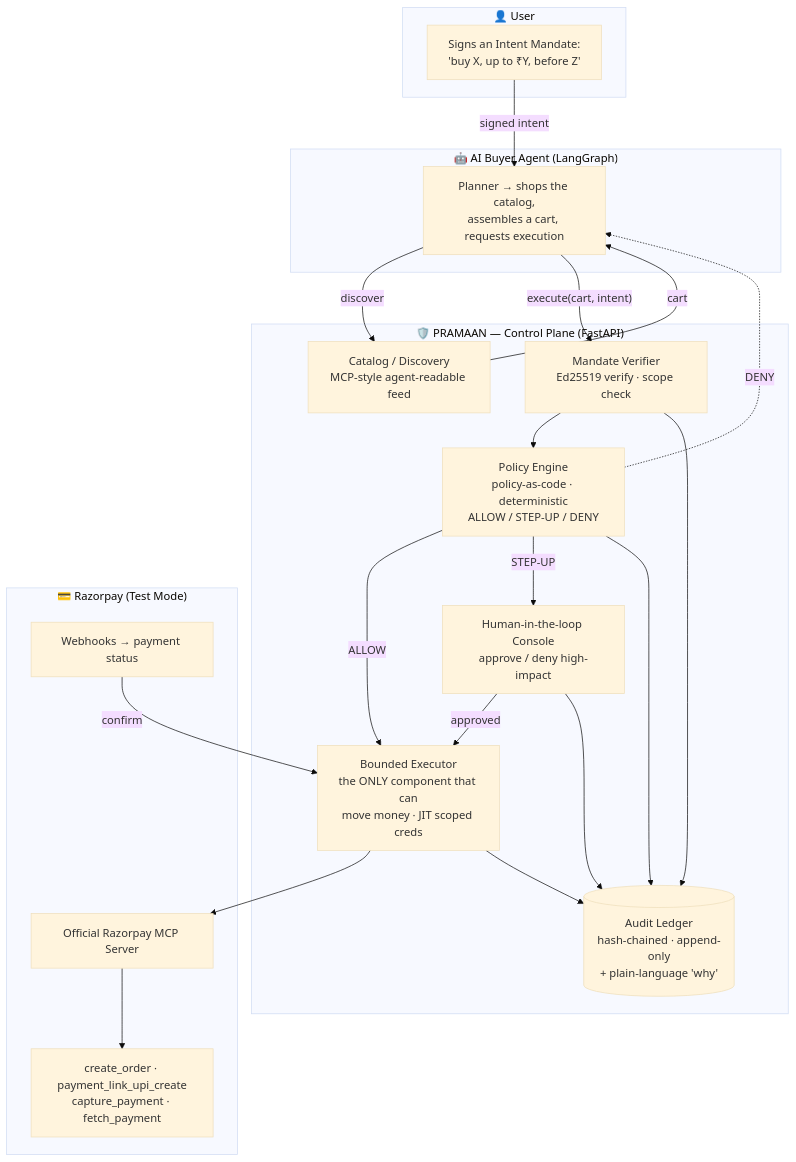
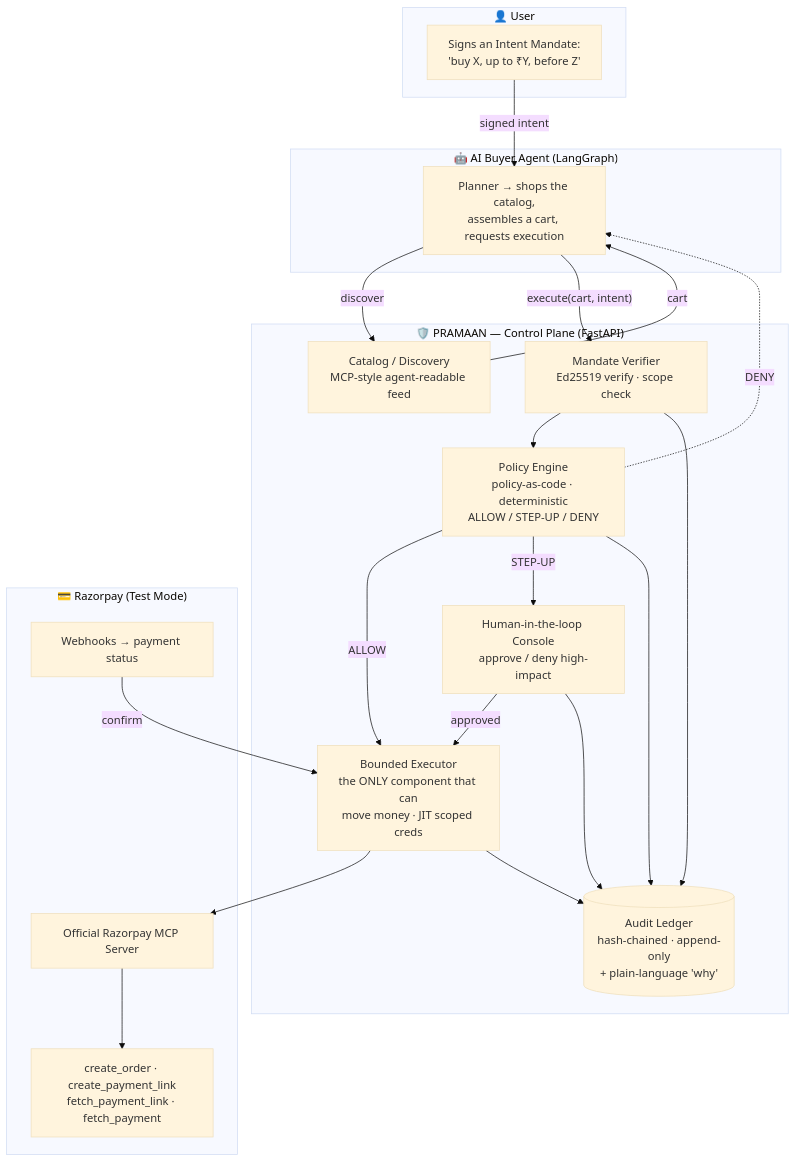
One commit to Kahaan19/pramaan changed the first of 2 diagrams in ARCHITECTURE.md. Above: the diagram before and after it, drawn with Mermaid (base theme). The commit also changed other lines of this file and 13 other files, not shown here.

````diff
--- a/ARCHITECTURE.md
+++ b/ARCHITECTURE.md
@@ -39,41 +39,41 @@
 ```mermaid
 flowchart TB
     subgraph User["👤 User"]
         U[Signs an Intent Mandate:<br/>'buy X, up to ₹Y, before Z']
     end
 
     subgraph Buyer["🤖 AI Buyer Agent (LangGraph)"]
         BA[Planner → shops the catalog,<br/>assembles a cart, requests execution]
     end
 
     subgraph Pramaan["🛡️ PRAMAAN — Control Plane (FastAPI)"]
         CAT[Catalog / Discovery<br/>MCP-style agent-readable feed]
         MV[Mandate Verifier<br/>Ed25519 verify · scope check]
         PE[Policy Engine<br/>policy-as-code · deterministic<br/>ALLOW / STEP-UP / DENY]
         EX[Bounded Executor<br/>the ONLY component that can<br/>move money · JIT scoped creds]
         HITL[Human-in-the-loop Console<br/>approve / deny high-impact]
         LEDGER[(Audit Ledger<br/>hash-chained · append-only<br/>+ plain-language 'why')]
     end
 
     subgraph RZP["💳 Razorpay (Test Mode)"]
         MCP[Official Razorpay MCP Server]
-        API[create_order · payment_link_upi_create<br/>capture_payment · fetch_payment]
+        API[create_order · create_payment_link<br/>fetch_payment_link · fetch_payment]
         WH[Webhooks → payment status]
     end
 
     U -->|signed intent| BA
     BA -->|discover| CAT
     CAT -->|cart| BA
     BA -->|"execute(cart, intent)"| MV
     MV --> PE
     PE -->|ALLOW| EX
     PE -->|STEP-UP| HITL
     HITL -->|approved| EX
     PE -.->|DENY| BA
     EX --> MCP --> API
     WH -->|confirm| EX
     MV --> LEDGER
     PE --> LEDGER
     EX --> LEDGER
     HITL --> LEDGER
 ```
````
